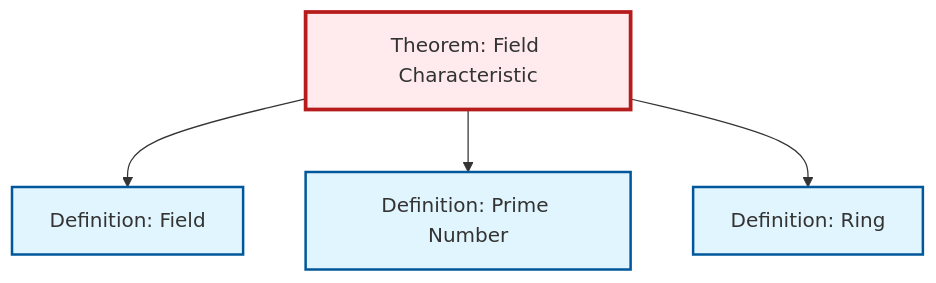
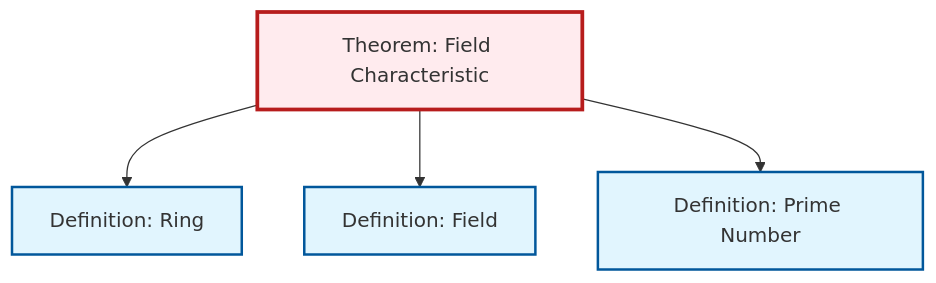
The diagram in content/ja/algebra/thm-field-characteristic.qmd (RK0429/ModernMath), drawn with Mermaid before and after one commit. The commit also changed other lines of this file and 18 other files, not shown here.

````diff
--- a/content/ja/algebra/thm-field-characteristic.qmd
+++ b/content/ja/algebra/thm-field-characteristic.qmd
@@ -54,20 +54,20 @@
 ```{mermaid}
 %%| fig-cap: "Local dependency graph"
 graph TD
     classDef definition fill:#e1f5fe,stroke:#01579b,stroke-width:2px
     classDef theorem fill:#f3e5f5,stroke:#4a148c,stroke-width:2px
     classDef axiom fill:#fff3e0,stroke:#e65100,stroke-width:2px
     classDef example fill:#e8f5e9,stroke:#1b5e20,stroke-width:2px
     classDef current fill:#ffebee,stroke:#b71c1c,stroke-width:3px
+    def-field["Definition: Field"]:::definition
     thm-field-characteristic["Theorem: Field Characteristic"]:::theorem
-    def-field["Definition: Field"]:::definition
+    def-ring["Definition: Ring"]:::definition
     def-prime["Definition: Prime Number"]:::definition
-    def-ring["Definition: Ring"]:::definition
+    thm-field-characteristic --> def-ring
     thm-field-characteristic --> def-field
     thm-field-characteristic --> def-prime
-    thm-field-characteristic --> def-ring
     class thm-field-characteristic current
     click def-field "def-field.html" "Definition: Fieldへ"
+    click def-ring "def-ring.html" "Definition: Ringへ"
     click def-prime "def-prime.html" "Definition: Prime Numberへ"
-    click def-ring "def-ring.html" "Definition: Ringへ"
 ```
````
